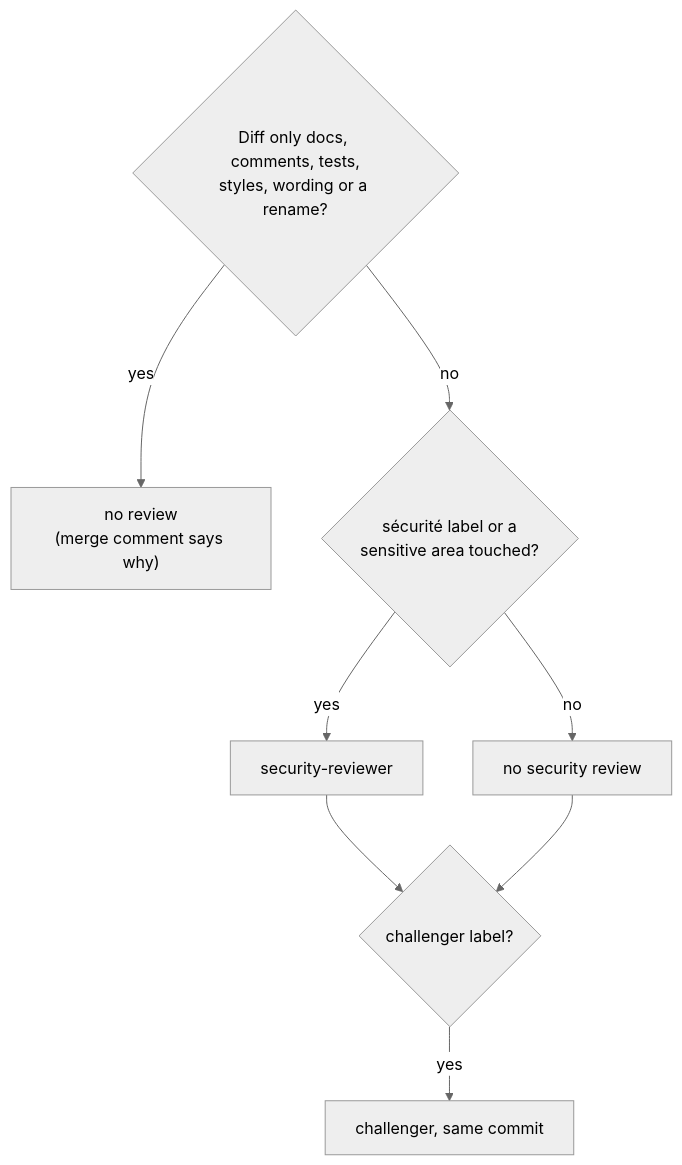
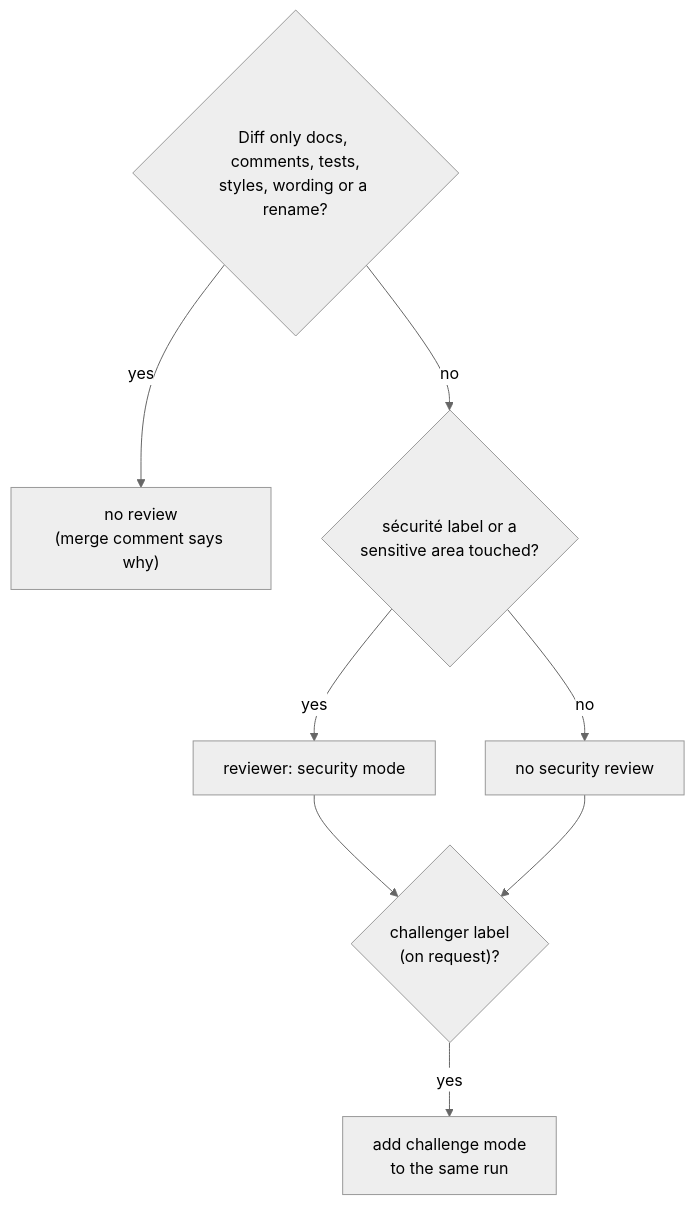
One commit to Xavier-Cliquennois/claude-ticket-flow changed the second of 2 diagrams in docs/reference/tickets-and-labels.md. Above: the diagram before and after it, drawn with Mermaid (neutral theme). The commit also changed other lines of this file and 15 other files, not shown here.

First line of the commit message:
feat(ticket-flow): fusionne les revues en un agent reviewer, limite les re-passes et retire fable

````diff
--- a/docs/reference/tickets-and-labels.md
+++ b/docs/reference/tickets-and-labels.md
@@ -108,11 +106,11 @@
 ```mermaid
 flowchart TD
   D{"Diff only docs, comments, tests,<br/>styles, wording or a rename?"}
   D -->|yes| N["no review<br/>(merge comment says why)"]
   D -->|no| S{"sécurité label or a<br/>sensitive area touched?"}
-  S -->|yes| SR["security-reviewer"]
+  S -->|yes| SR["reviewer: security mode"]
   S -->|no| NS["no security review"]
-  SR --> C{"challenger label?"}
+  SR --> C{"challenger label<br/>(on request)?"}
   NS --> C
-  C -->|yes| CH["challenger, same commit"]
+  C -->|yes| CH["add challenge mode<br/>to the same run"]
 ```
````
